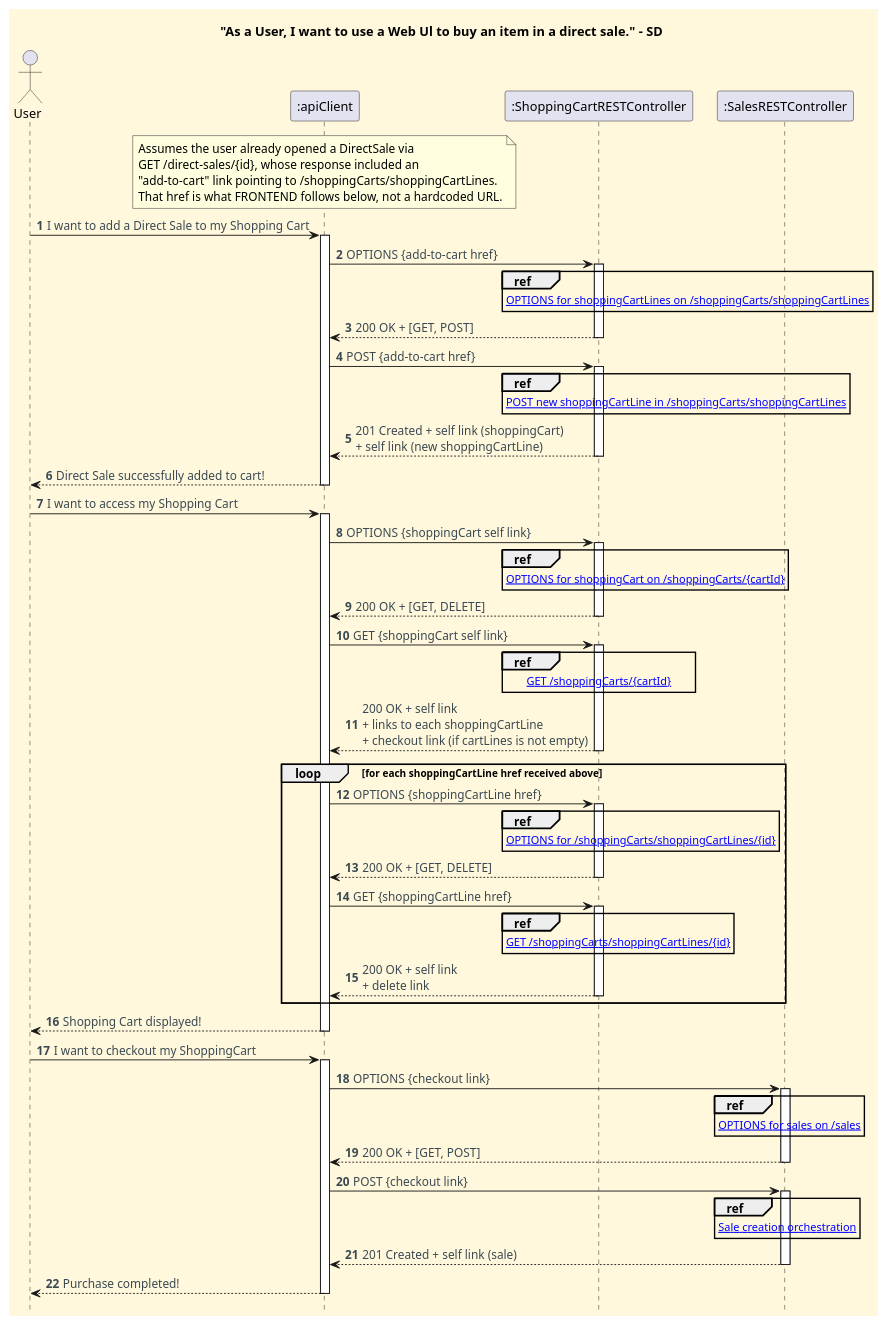
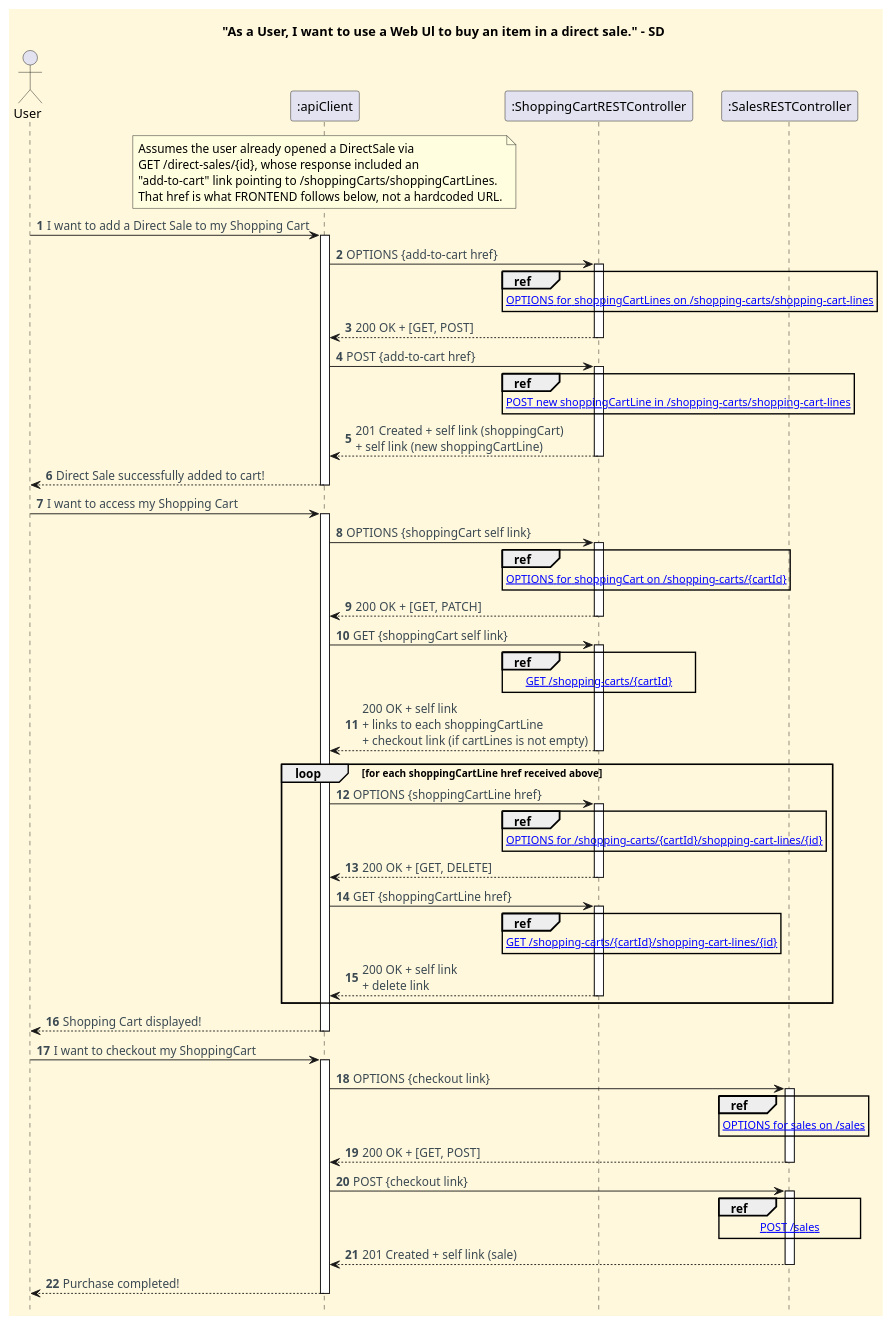
The diagram in docs/client-server-diagrams/buy-item-on-direct-sale/Process_view_level_3.puml (CarolinaLeite-collab/JavaMarketplacePlatform), drawn with PlantUML before and after one commit.

Commit message:
docs: updated buy item on direct sale process view level 3 diagram, refs #1121

```diff
--- a/docs/client-server-diagrams/buy-item-on-direct-sale/Process_view_level_3.puml
+++ b/docs/client-server-diagrams/buy-item-on-direct-sale/Process_view_level_3.puml
@@ -1,134 +1,134 @@
 @startuml
 
 '==== Title ====
 title "As a User, I want to use a Web Ul to buy an item in a direct sale." - SD
 
 '==== basic style ====
 skinparam monochrome false
 skinparam shadowing false
 skinparam defaultFontName Futura
 skinparam objectFontSize 20
 skinparam backgroundColor CornSilk
 skinparam objectBackgroundColor WhiteSmoke
 skinparam noteBackgroundColor #FFFFE0
 skinparam ArrowFontColor #3B4953
 skinparam ActivationBackgroundColor black
 hidefootbox
 autonumber
 
 ' ==== Actor and participants ====
 actor User as USER
 participant ":apiClient" as FRONTEND
 participant ":ShoppingCartRESTController" as CTL
 participant ":SalesRESTController" as SALESCTL
 
 note over FRONTEND
   Assumes the user already opened a DirectSale via
   GET /direct-sales/{id}, whose response included an
   "add-to-cart" link pointing to /shoppingCarts/shoppingCartLines.
   That href is what FRONTEND follows below, not a hardcoded URL.
 end note
 
 USER -> FRONTEND : I want to add a Direct Sale to my Shopping Cart
 activate FRONTEND
 
 FRONTEND -> CTL : OPTIONS {add-to-cart href}
 activate CTL
 
 ref over CTL
-[[xxx.puml OPTIONS for shoppingCartLines on /shoppingCarts/shoppingCartLines]]
+[[xxx.puml OPTIONS for shoppingCartLines on /shopping-carts/shopping-cart-lines]]
 end ref
 
 CTL --> FRONTEND : 200 OK + [GET, POST]
 deactivate CTL
 
 FRONTEND -> CTL : POST {add-to-cart href}
 activate CTL
 
 ref over CTL
-[[xxx.puml POST new shoppingCartLine in /shoppingCarts/shoppingCartLines]]
+[[xxx.puml POST new shoppingCartLine in /shopping-carts/shopping-cart-lines]]
 end ref
 
 CTL --> FRONTEND : 201 Created + self link (shoppingCart) \n+ self link (new shoppingCartLine)
 deactivate CTL
 
 FRONTEND --> USER : Direct Sale successfully added to cart!
 deactivate FRONTEND
 
 USER -> FRONTEND : I want to access my Shopping Cart
 activate FRONTEND
 
 FRONTEND -> CTL : OPTIONS {shoppingCart self link}
 activate CTL
 
 ref over CTL
-[[xxx.puml OPTIONS for shoppingCart on /shoppingCarts/{cartId}]]
+[[xxx.puml OPTIONS for shoppingCart on /shopping-carts/{cartId}]]
 end ref
 
-CTL --> FRONTEND : 200 OK + [GET, DELETE]
+CTL --> FRONTEND : 200 OK + [GET, PATCH]
 deactivate CTL
 
 FRONTEND -> CTL : GET {shoppingCart self link}
 activate CTL
 
 ref over CTL
-[[xxx.puml GET /shoppingCarts/{cartId}]]
+[[xxx.puml GET /shopping-carts/{cartId}]]
 end ref
 
 CTL --> FRONTEND : 200 OK + self link \n+ links to each shoppingCartLine \n+ checkout link (if cartLines is not empty)
 deactivate CTL
 
 loop for each shoppingCartLine href received above
 
 FRONTEND -> CTL : OPTIONS {shoppingCartLine href}
 activate CTL
 
 ref over CTL
-[[xxx.puml OPTIONS for /shoppingCarts/shoppingCartLines/{id}]]
+[[xxx.puml OPTIONS for /shopping-carts/{cartId}/shopping-cart-lines/{id}]]
 end ref
 
 CTL --> FRONTEND : 200 OK + [GET, DELETE]
 deactivate CTL
 
 FRONTEND -> CTL : GET {shoppingCartLine href}
 activate CTL
 
 ref over CTL
-[[xxx.puml GET /shoppingCarts/shoppingCartLines/{id}]]
+[[xxx.puml GET /shopping-carts/{cartId}/shopping-cart-lines/{id}]]
 end ref
 
 CTL --> FRONTEND : 200 OK + self link \n+ delete link
 deactivate CTL
 
 end loop
 
 FRONTEND --> USER : Shopping Cart displayed!
 deactivate FRONTEND
 
 USER -> FRONTEND : I want to checkout my ShoppingCart
 activate FRONTEND
 
 FRONTEND -> SALESCTL : OPTIONS {checkout link}
 activate SALESCTL
 
 ref over SALESCTL
 [[xxx.puml OPTIONS for sales on /sales]]
 end ref
 
 SALESCTL --> FRONTEND : 200 OK + [GET, POST]
 deactivate SALESCTL
 
 FRONTEND -> SALESCTL : POST {checkout link}
 activate SALESCTL
 
 ref over SALESCTL
-[[xxx.puml Sale creation orchestration]]
+[[xxx.puml POST /sales]]
 end ref
 
 SALESCTL --> FRONTEND : 201 Created + self link (sale)
 deactivate SALESCTL
 
 FRONTEND --> USER : Purchase completed!
 deactivate FRONTEND
 
 @enduml
```
